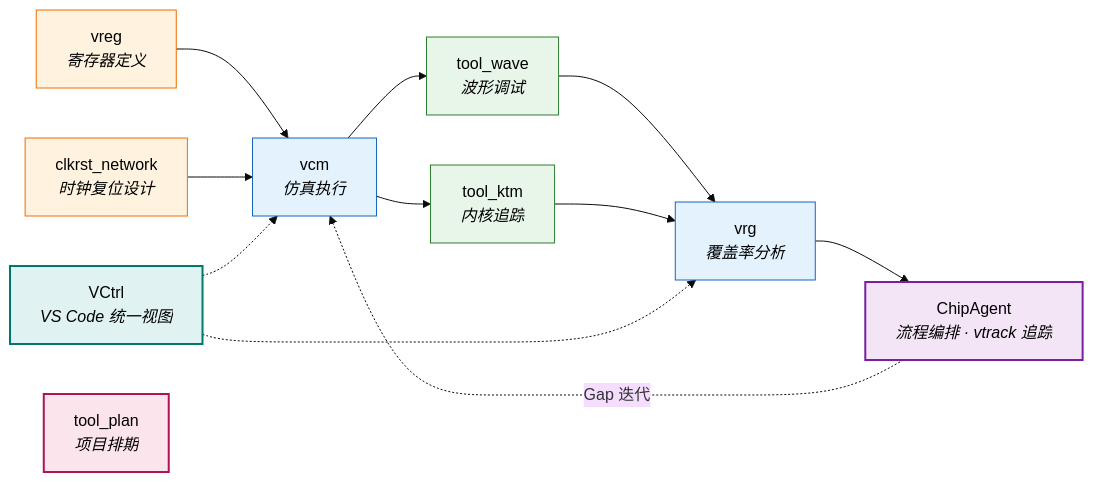
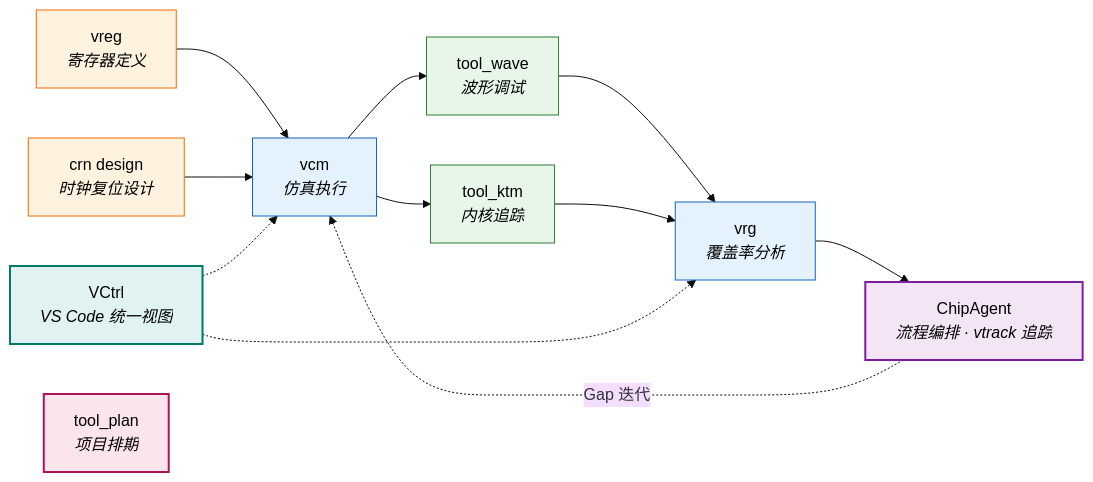
Before and after one commit to Johnmc104/Johnmc104: the second of 3 diagrams in README.md, drawn with Mermaid (base theme). The commit also changed other lines of this file, not shown here.

````diff
--- a/README.md
+++ b/README.md
@@ -100,30 +100,30 @@
 ```mermaid
 flowchart LR
     vreg["vreg<br/><i>寄存器定义</i>"]:::reg
-    clkrst["clkrst_network<br/><i>时钟复位设计</i>"]:::reg
+    clkrst["crn design<br/><i>时钟复位设计</i>"]:::reg
     vcm["vcm<br/><i>仿真执行</i>"]:::tool
     wave["tool_wave<br/><i>波形调试</i>"]:::debug
     ktm["tool_ktm<br/><i>内核追踪</i>"]:::debug
     vrg["vrg<br/><i>覆盖率分析</i>"]:::tool
     CA["ChipAgent<br/><i>流程编排 · vtrack 追踪</i>"]:::agent
 
     vreg --> vcm
     clkrst --> vcm
     vcm --> wave --> vrg
     vcm --> ktm --> vrg
     vrg --> CA
     CA -. "Gap 迭代" .-> vcm
 
     vctrl["VCtrl<br/><i>VS Code 统一视图</i>"]:::gui
     tplan["tool_plan<br/><i>项目排期</i>"]:::plan
 
     vctrl -.-> vcm
     vctrl -.-> vrg
 
     classDef agent fill:#f3e5f5,stroke:#7b1fa2,stroke-width:2px,color:#000
     classDef reg fill:#fff3e0,stroke:#ef6c00,color:#000
     classDef tool fill:#e3f2fd,stroke:#1565c0,color:#000
     classDef debug fill:#e8f5e9,stroke:#2e7d32,color:#000
     classDef gui fill:#e0f2f1,stroke:#00796b,stroke-width:2px,color:#000
     classDef plan fill:#fce4ec,stroke:#ad1457,stroke-width:2px,color:#000
 ```
````
